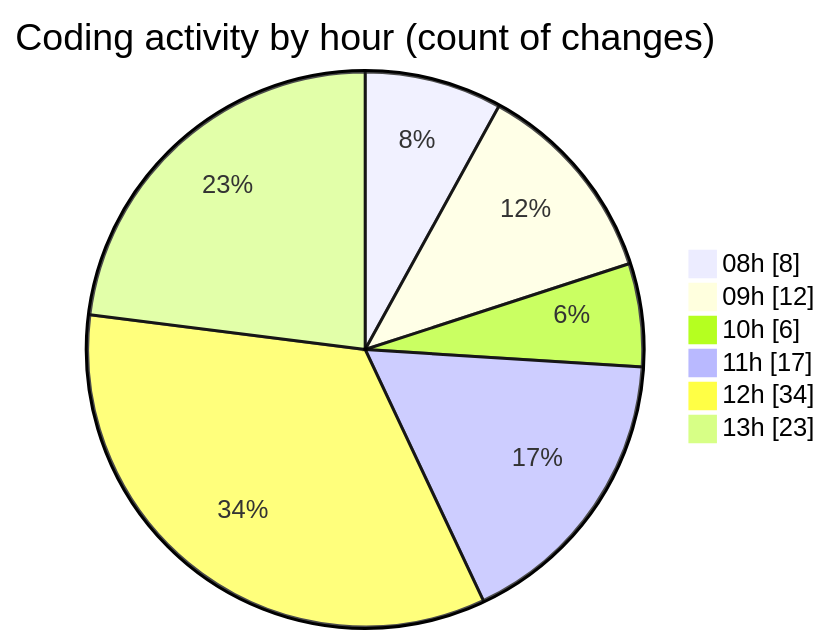
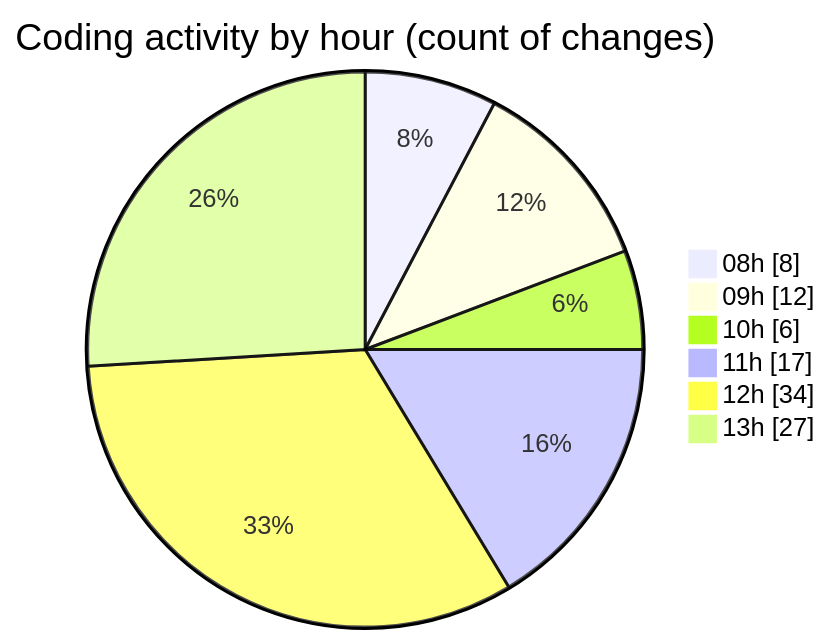
The second of 2 diagrams in 2025-09-15/cda/README.md (momahboobian/code-tracking), drawn with Mermaid before and after one commit. The commit also changed other lines of this file and 1 other file, not shown here.

````diff
--- a/2025-09-15/cda/README.md
+++ b/2025-09-15/cda/README.md
@@ -35,10 +35,10 @@
 ```mermaid
 pie showData
 title Coding activity by hour (count of changes)
 "08h" : 8
 "09h" : 12
 "10h" : 6
 "11h" : 17
 "12h" : 34
-"13h" : 23
+"13h" : 27
 ```
````
